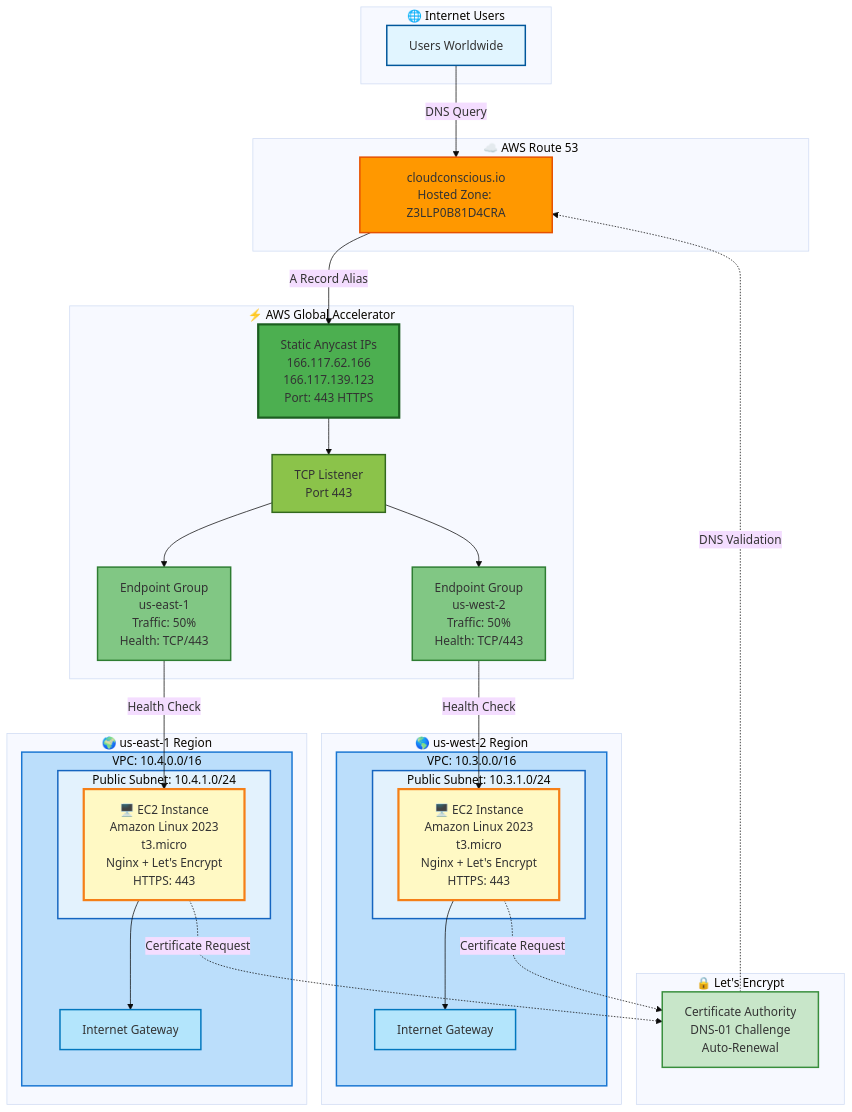
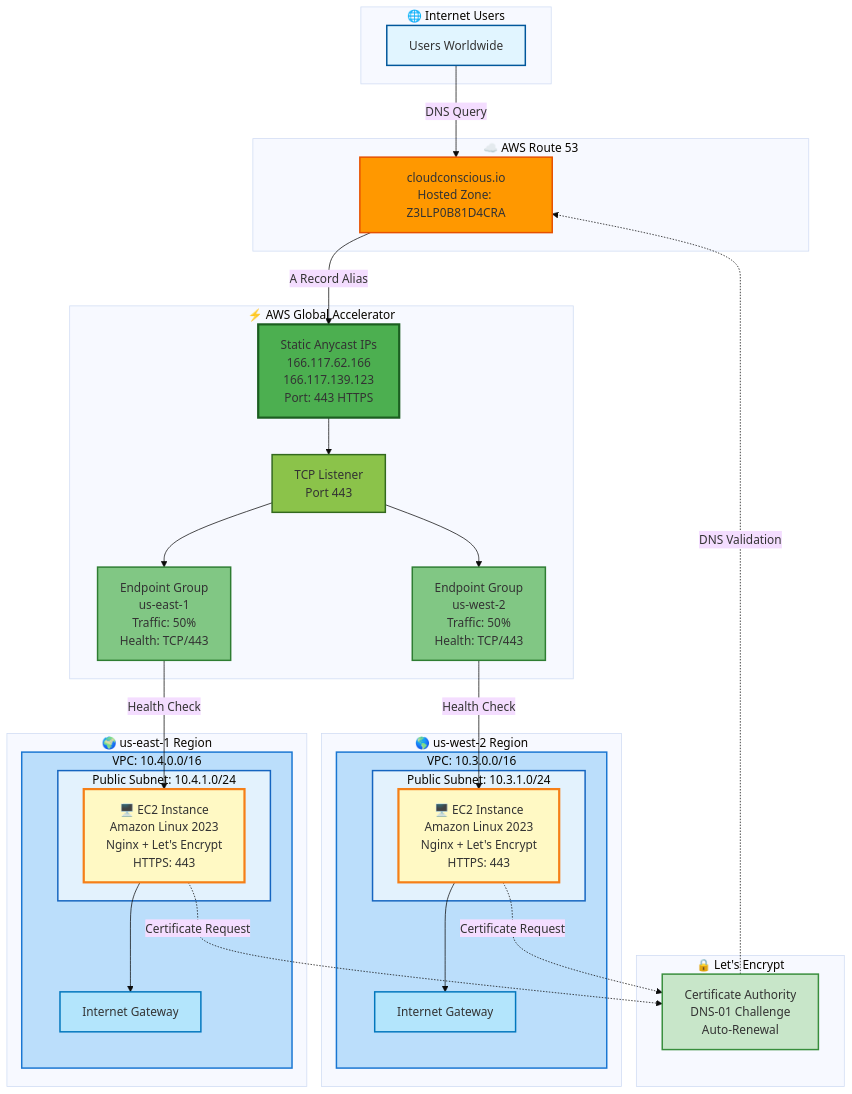
Before and after one commit to vegatros/repo1: the diagram in terraform/stacks/app3/README.md, drawn with Mermaid (base theme).

Commit message:
Remove instance type from architecture diagram

````diff
--- a/terraform/stacks/app3/README.md
+++ b/terraform/stacks/app3/README.md
@@ -9,68 +9,68 @@
 ```mermaid
 graph TB
     subgraph Internet["🌐 Internet Users"]
         Users[Users Worldwide]
     end
     
     subgraph DNS["☁️ AWS Route 53"]
         R53[cloudconscious.io<br/>Hosted Zone: Z3LLP0B81D4CRA]
     end
     
     subgraph GA["⚡ AWS Global Accelerator"]
         Accelerator[Static Anycast IPs<br/>166.117.62.166<br/>166.117.139.123<br/>Port: 443 HTTPS]
         Listener[TCP Listener<br/>Port 443]
         EG_West[Endpoint Group<br/>us-west-2<br/>Traffic: 50%<br/>Health: TCP/443]
         EG_East[Endpoint Group<br/>us-east-1<br/>Traffic: 50%<br/>Health: TCP/443]
     end
     
     subgraph West["🌎 us-west-2 Region"]
         subgraph VPC_West["VPC: 10.3.0.0/16"]
             subgraph Subnet_West["Public Subnet: 10.3.1.0/24"]
-                EC2_West["🖥️ EC2 Instance<br/>Amazon Linux 2023<br/>t3.micro<br/>Nginx + Let's Encrypt<br/>HTTPS: 443"]
+                EC2_West["🖥️ EC2 Instance<br/>Amazon Linux 2023<br/>Nginx + Let's Encrypt<br/>HTTPS: 443"]
             end
             IGW_West[Internet Gateway]
         end
     end
     
     subgraph East["🌍 us-east-1 Region"]
         subgraph VPC_East["VPC: 10.4.0.0/16"]
             subgraph Subnet_East["Public Subnet: 10.4.1.0/24"]
-                EC2_East["🖥️ EC2 Instance<br/>Amazon Linux 2023<br/>t3.micro<br/>Nginx + Let's Encrypt<br/>HTTPS: 443"]
+                EC2_East["🖥️ EC2 Instance<br/>Amazon Linux 2023<br/>Nginx + Let's Encrypt<br/>HTTPS: 443"]
             end
             IGW_East[Internet Gateway]
         end
     end
     
     subgraph LE["🔒 Let's Encrypt"]
         LetsEncrypt[Certificate Authority<br/>DNS-01 Challenge<br/>Auto-Renewal]
     end
     
     Users -->|DNS Query| R53
     R53 -->|A Record Alias| Accelerator
     Accelerator --> Listener
     Listener --> EG_West
     Listener --> EG_East
     EG_West -->|Health Check| EC2_West
     EG_East -->|Health Check| EC2_East
     EC2_West -.->|Certificate Request| LetsEncrypt
     EC2_East -.->|Certificate Request| LetsEncrypt
     LetsEncrypt -.->|DNS Validation| R53
     EC2_West --> IGW_West
     EC2_East --> IGW_East
     
     style Users fill:#e1f5ff,stroke:#01579b,stroke-width:2px
     style R53 fill:#ff9800,stroke:#e65100,stroke-width:2px
     style Accelerator fill:#4caf50,stroke:#1b5e20,stroke-width:3px
     style Listener fill:#8bc34a,stroke:#33691e,stroke-width:2px
     style EG_West fill:#81c784,stroke:#2e7d32,stroke-width:2px
     style EG_East fill:#81c784,stroke:#2e7d32,stroke-width:2px
     style VPC_West fill:#bbdefb,stroke:#1976d2,stroke-width:2px
     style VPC_East fill:#bbdefb,stroke:#1976d2,stroke-width:2px
     style Subnet_West fill:#e3f2fd,stroke:#1565c0,stroke-width:2px
     style Subnet_East fill:#e3f2fd,stroke:#1565c0,stroke-width:2px
     style EC2_West fill:#fff9c4,stroke:#f57f17,stroke-width:3px
     style EC2_East fill:#fff9c4,stroke:#f57f17,stroke-width:3px
     style LetsEncrypt fill:#c8e6c9,stroke:#388e3c,stroke-width:2px
     style IGW_West fill:#b3e5fc,stroke:#0277bd,stroke-width:2px
     style IGW_East fill:#b3e5fc,stroke:#0277bd,stroke-width:2px
 ```
````
